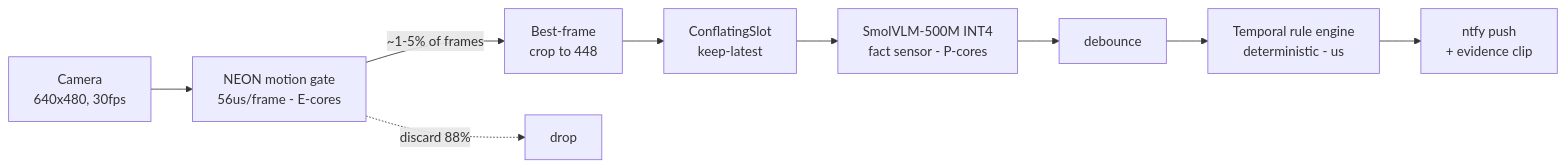
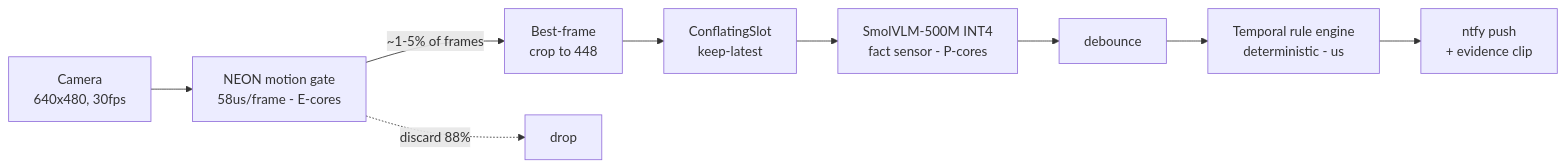
Before and after one commit to hungtruongOwolf/nightjar: the first of 5 diagrams in README.md, drawn with Mermaid. The commit also changed other lines of this file and 1 other file, not shown here.

First line of the commit message:
docs: sync gate number to make bench (58 µs/frame, was 56)

````diff
--- a/README.md
+++ b/README.md
@@ -30,11 +30,11 @@
 ```mermaid
 flowchart LR
-  cam["Camera<br/>640x480, 30fps"] --> gate["NEON motion gate<br/>56us/frame - E-cores"]
+  cam["Camera<br/>640x480, 30fps"] --> gate["NEON motion gate<br/>58us/frame - E-cores"]
   gate -->|"~1-5% of frames"| best["Best-frame<br/>crop to 448"]
   best --> slot["ConflatingSlot<br/>keep-latest"]
   slot --> vlm["SmolVLM-500M INT4<br/>fact sensor - P-cores"]
   vlm --> deb["debounce"]
   deb --> fsm["Temporal rule engine<br/>deterministic - us"]
   fsm --> alert["ntfy push<br/>+ evidence clip"]
   gate -.->|"discard 88%"| x["drop"]
 ```
````
